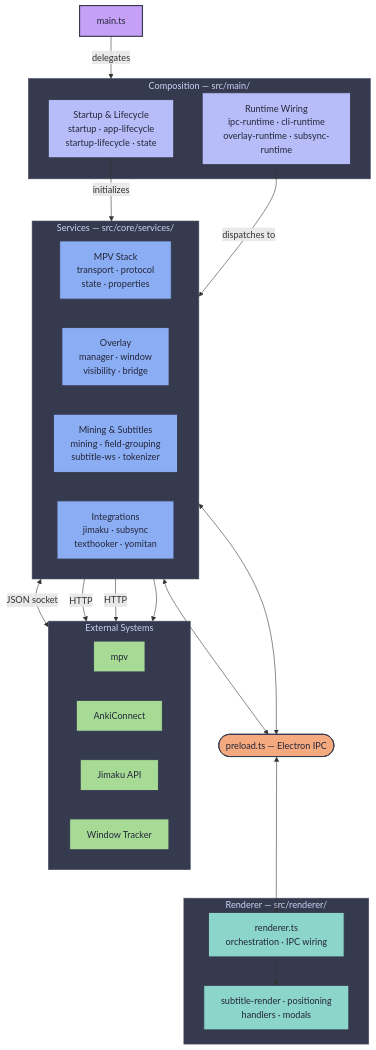
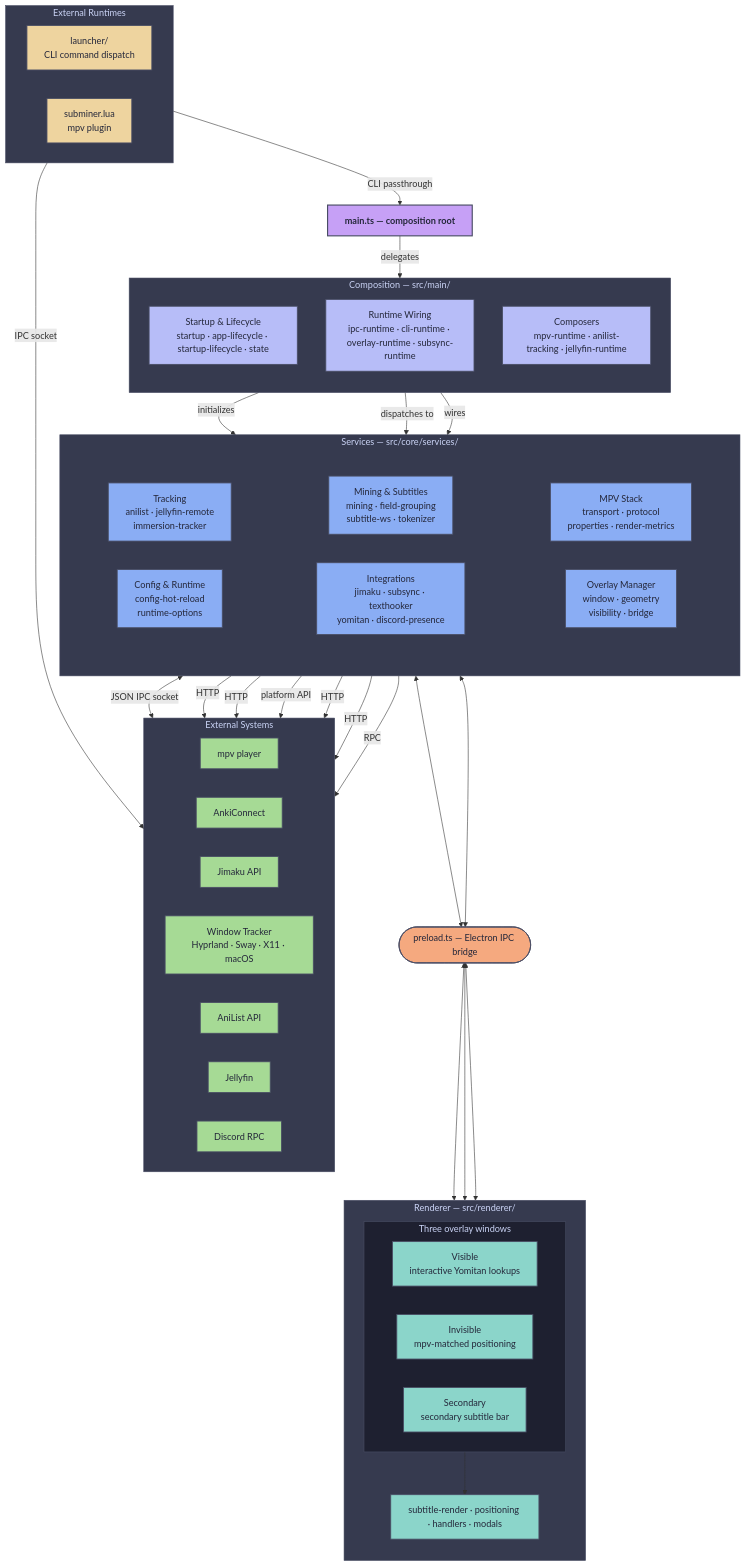
Before and after one commit to ksyasuda/SubMiner: the first of 2 diagrams in docs/architecture.md, drawn with Mermaid. The commit also changed other lines of this file and 12 other files, not shown here.

Commit message:
fix(plugin): allow cold-start overlay launch without running process

````diff
--- a/docs/architecture.md
+++ b/docs/architecture.md
@@ -130,58 +130,101 @@
 ```mermaid
 flowchart TD
-  classDef entry fill:#c6a0f6,stroke:#363a4f,color:#24273a,stroke-width:2px
-  classDef comp fill:#b7bdf8,stroke:#363a4f,color:#24273a,stroke-width:1.5px
-  classDef svc fill:#8aadf4,stroke:#363a4f,color:#24273a,stroke-width:1.5px
-  classDef bridge fill:#f5a97f,stroke:#363a4f,color:#24273a,stroke-width:1.5px
-  classDef rend fill:#8bd5ca,stroke:#363a4f,color:#24273a,stroke-width:1.5px
-  classDef ext fill:#a6da95,stroke:#363a4f,color:#24273a,stroke-width:1.5px
+  classDef entry fill:#c6a0f6,stroke:#494d64,color:#24273a,stroke-width:2px,font-weight:bold
+  classDef comp fill:#b7bdf8,stroke:#494d64,color:#24273a,stroke-width:1.5px
+  classDef svc fill:#8aadf4,stroke:#494d64,color:#24273a,stroke-width:1.5px
+  classDef bridge fill:#f5a97f,stroke:#494d64,color:#24273a,stroke-width:1.5px
+  classDef rend fill:#8bd5ca,stroke:#494d64,color:#24273a,stroke-width:1.5px
+  classDef ext fill:#a6da95,stroke:#494d64,color:#24273a,stroke-width:1.5px
+  classDef extrt fill:#eed49f,stroke:#494d64,color:#24273a,stroke-width:1.5px
 
-  Main["main.ts"]:::entry
+  Main["main.ts — composition root"]:::entry
 
   subgraph Comp["Composition — src/main/"]
-    Startup["Startup & Lifecycle<br/>startup · app-lifecycle<br/>startup-lifecycle · state"]:::comp
-    Wiring["Runtime Wiring<br/>ipc-runtime · cli-runtime<br/>overlay-runtime · subsync-runtime"]:::comp
+    direction TB
+    Startup["Startup & Lifecycle<br/>startup · app-lifecycle · startup-lifecycle · state"]:::comp
+    Wiring["Runtime Wiring<br/>ipc-runtime · cli-runtime · overlay-runtime · subsync-runtime"]:::comp
+    Composers["Composers<br/>mpv-runtime · anilist-tracking · jellyfin-runtime"]:::comp
   end
 
   subgraph Svc["Services — src/core/services/"]
-    direction LR
-    Mpv["MPV Stack<br/>transport · protocol<br/>state · properties"]:::svc
-    Overlay["Overlay<br/>manager · window<br/>visibility · bridge"]:::svc
-    Mining["Mining & Subtitles<br/>mining · field-grouping<br/>subtitle-ws · tokenizer"]:::svc
-    Integrations["Integrations<br/>jimaku · subsync<br/>texthooker · yomitan"]:::svc
+    direction TB
+    subgraph SvcRow1[" "]
+      direction LR
+      Mpv["MPV Stack<br/>transport · protocol<br/>properties · render-metrics"]:::svc
+      Overlay["Overlay Manager<br/>window · geometry<br/>visibility · bridge"]:::svc
+    end
+    subgraph SvcRow2[" "]
+      direction LR
+      Mining["Mining & Subtitles<br/>mining · field-grouping<br/>subtitle-ws · tokenizer"]:::svc
+      Integrations["Integrations<br/>jimaku · subsync · texthooker<br/>yomitan · discord-presence"]:::svc
+    end
+    subgraph SvcRow3[" "]
+      direction LR
+      Tracking["Tracking<br/>anilist · jellyfin-remote<br/>immersion-tracker"]:::svc
+      Config["Config & Runtime<br/>config-hot-reload<br/>runtime-options"]:::svc
+    end
   end
 
-  Bridge(["preload.ts — Electron IPC"]):::bridge
+  Bridge(["preload.ts — Electron IPC bridge"]):::bridge
 
   subgraph Rend["Renderer — src/renderer/"]
-    Orchestration["renderer.ts<br/>orchestration · IPC wiring"]:::rend
-    UI["subtitle-render · positioning<br/>handlers · modals"]:::rend
+    direction TB
+    subgraph Windows["Three overlay windows"]
+      direction LR
+      Visible["Visible<br/>interactive Yomitan lookups"]:::rend
+      Invisible["Invisible<br/>mpv-matched positioning"]:::rend
+      Secondary["Secondary<br/>secondary subtitle bar"]:::rend
+    end
+    UI["subtitle-render · positioning · handlers · modals"]:::rend
   end
 
   subgraph Ext["External Systems"]
     direction LR
-    mpv["mpv"]:::ext
-    Anki["AnkiConnect"]:::ext
-    Jimaku["Jimaku API"]:::ext
-    Tracker["Window Tracker"]:::ext
+    mpvExt["mpv player"]:::ext
+    AnkiExt["AnkiConnect"]:::ext
+    JimakuExt["Jimaku API"]:::ext
+    TrackerExt["Window Tracker<br/>Hyprland · Sway · X11 · macOS"]:::ext
+    AnilistExt["AniList API"]:::ext
+    JellyfinExt["Jellyfin"]:::ext
+    DiscordExt["Discord RPC"]:::ext
   end
 
-  Main -->|delegates| Comp
-  Startup -->|initializes| Svc
-  Wiring -->|dispatches to| Svc
+  subgraph ExtRt["External Runtimes"]
+    direction LR
+    Launcher["launcher/<br/>CLI command dispatch"]:::extrt
+    Plugin["subminer.lua<br/>mpv plugin"]:::extrt
+  end
 
-  Overlay <--> Bridge
+  Main -->|"delegates"| Comp
+  Startup -->|"initializes"| Svc
+  Wiring -->|"dispatches to"| Svc
+  Composers -->|"wires"| Svc
+
+  Overlay <-->Bridge
   Mining <--> Bridge
-  Bridge <--> Orchestration
-  Orchestration --> UI
+  Bridge <--> Visible
+  Bridge <--> Invisible
+  Bridge <--> Secondary
+  Windows --> UI
 
-  Mpv <-->|JSON socket| mpv
-  Mining -->|HTTP| Anki
-  Integrations -->|HTTP| Jimaku
-  Overlay --> Tracker
+  Mpv <-->|"JSON IPC socket"| mpvExt
+  Mining -->|"HTTP"| AnkiExt
+  Integrations -->|"HTTP"| JimakuExt
+  Overlay -->|"platform API"| TrackerExt
+  Tracking -->|"HTTP"| AnilistExt
+  Tracking -->|"HTTP"| JellyfinExt
+  Integrations -->|"RPC"| DiscordExt
+
+  Launcher -->|"CLI passthrough"| Main
+  Plugin -->|"IPC socket"| mpvExt
 
   style Comp fill:#363a4f,stroke:#494d64,color:#cad3f5
   style Svc fill:#363a4f,stroke:#494d64,color:#cad3f5
+  style SvcRow1 fill:transparent,stroke:none
+  style SvcRow2 fill:transparent,stroke:none
+  style SvcRow3 fill:transparent,stroke:none
   style Rend fill:#363a4f,stroke:#494d64,color:#cad3f5
+  style Windows fill:#1e2030,stroke:#494d64,color:#cad3f5
   style Ext fill:#363a4f,stroke:#494d64,color:#cad3f5
+  style ExtRt fill:#363a4f,stroke:#494d64,color:#cad3f5
 ```
````
